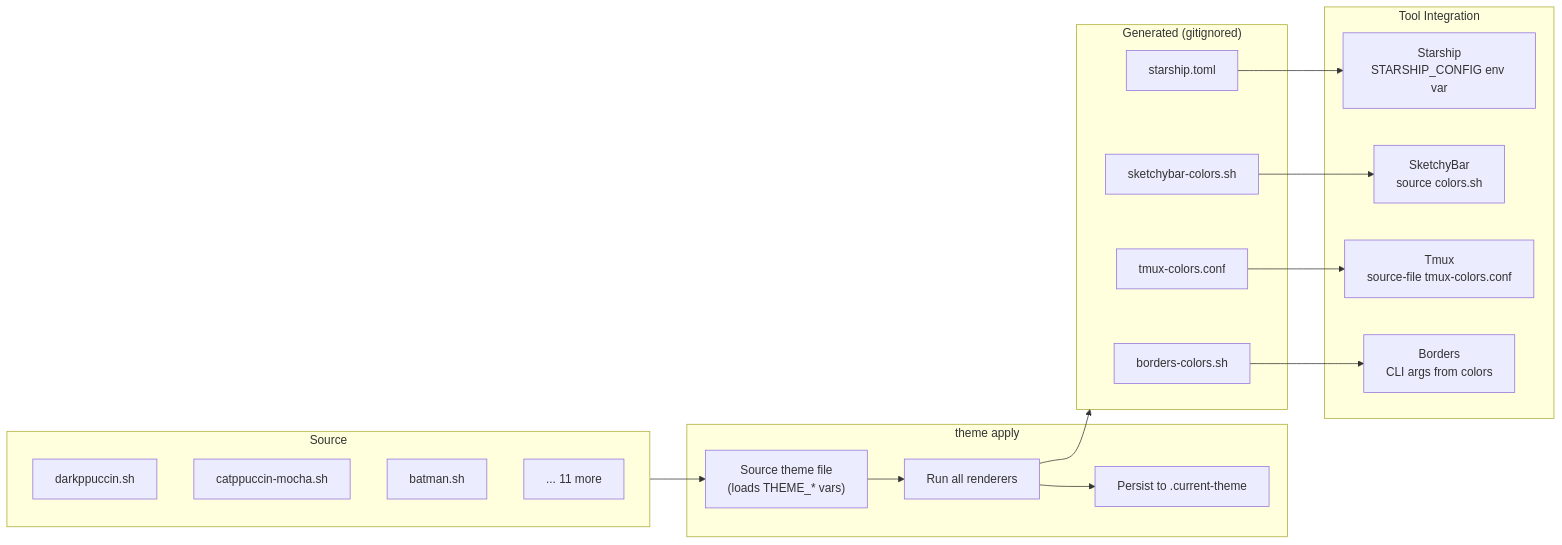
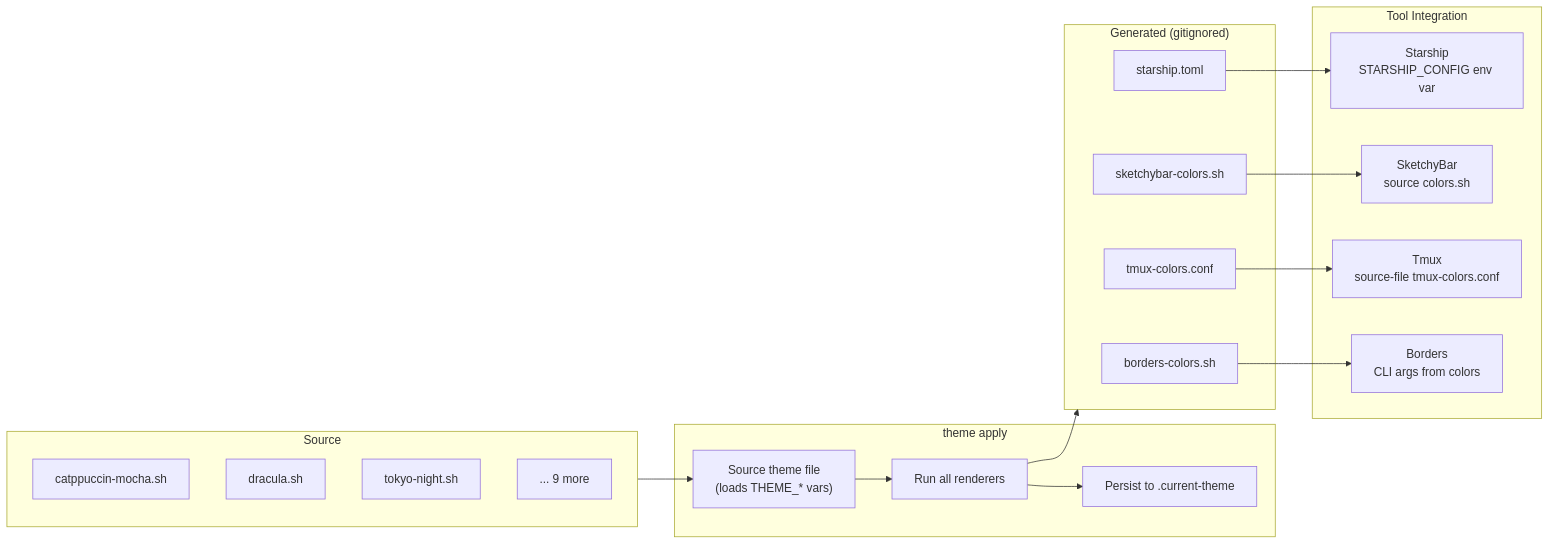
The second of 4 diagrams in README.md (slashspace/dotfiles), drawn with Mermaid before and after one commit. The commit also changed other lines of this file and 1 other file, not shown here.

````diff
--- a/README.md
+++ b/README.md
@@ -77,36 +77,36 @@
 ```mermaid
 flowchart LR
     subgraph source ["Source"]
-        T1["darkppuccin.sh"]
-        T2["catppuccin-mocha.sh"]
-        T3["batman.sh"]
-        T4["... 11 more"]
+        T1["catppuccin-mocha.sh"]
+        T2["dracula.sh"]
+        T3["tokyo-night.sh"]
+        T4["... 9 more"]
     end
 
     subgraph apply ["theme apply <name>"]
         S["Source theme file<br/>(loads THEME_* vars)"]
         R["Run all renderers"]
         P["Persist to .current-theme"]
     end
 
     subgraph generated ["Generated (gitignored)"]
         G1["starship.toml"]
         G2["sketchybar-colors.sh"]
         G3["tmux-colors.conf"]
         G4["borders-colors.sh"]
     end
 
     subgraph tools ["Tool Integration"]
         ST["Starship<br/>STARSHIP_CONFIG env var"]
         SB["SketchyBar<br/>source colors.sh"]
         TM["Tmux<br/>source-file tmux-colors.conf"]
         BD["Borders<br/>CLI args from colors"]
     end
 
     source --> S --> R --> P
     R --> generated
     G1 --> ST
     G2 --> SB
     G3 --> TM
     G4 --> BD
 ```
````
